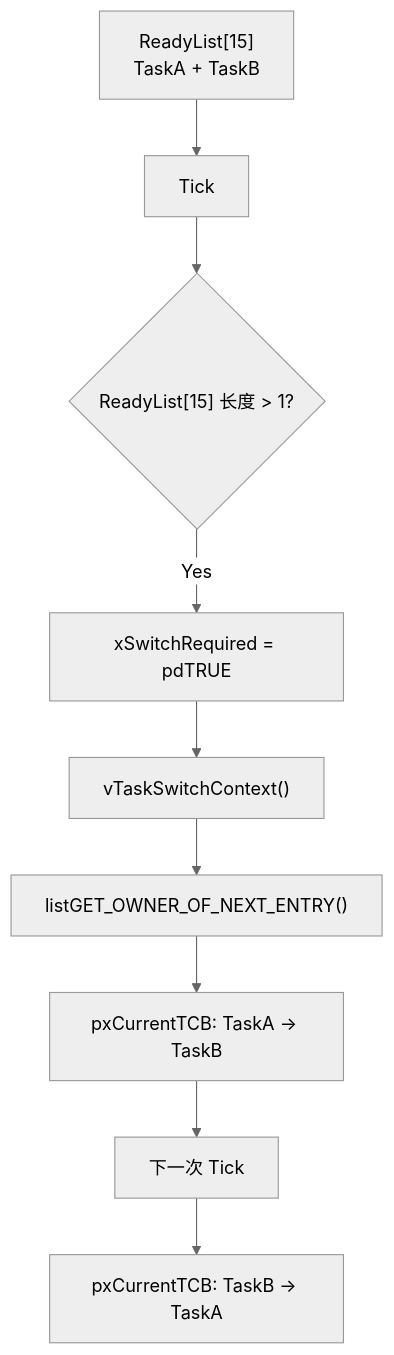
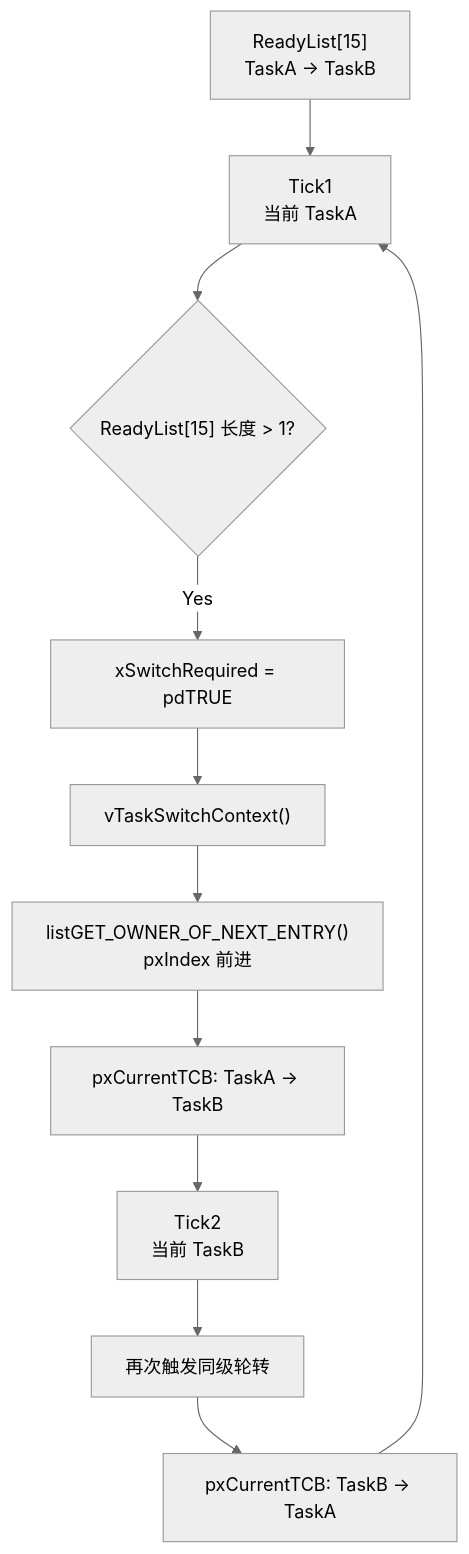
One commit to redamacy/embedded-system-notes changed the eighth of 10 diagrams in RTOS/003_FreeRTOS_Scheduler_ReadyList_Deep_Dive.md. Above: the diagram before and after it, drawn with Mermaid (neutral theme). The commit also changed other lines of this file and 1 other file, not shown here.

Commit message:
docs: refine FreeRTOS scheduler ready list notes

````diff
--- a/RTOS/003_FreeRTOS_Scheduler_ReadyList_Deep_Dive.md
+++ b/RTOS/003_FreeRTOS_Scheduler_ReadyList_Deep_Dive.md
@@ -987,11 +1043,13 @@
 ```mermaid
 flowchart TD
-    A["ReadyList[15]<br/>TaskA + TaskB"] --> B["Tick"]
+    A["ReadyList[15]<br/>TaskA -> TaskB"] --> B["Tick1<br/>当前 TaskA"]
     B --> C{"ReadyList[15] 长度 > 1?"}
     C -- "Yes" --> D["xSwitchRequired = pdTRUE"]
     D --> E["vTaskSwitchContext()"]
-    E --> F["listGET_OWNER_OF_NEXT_ENTRY()"]
+    E --> F["listGET_OWNER_OF_NEXT_ENTRY()<br/>pxIndex 前进"]
     F --> G["pxCurrentTCB: TaskA -> TaskB"]
-    G --> H["下一次 Tick"]
-    H --> I["pxCurrentTCB: TaskB -> TaskA"]
+    G --> H["Tick2<br/>当前 TaskB"]
+    H --> I["再次触发同级轮转"]
+    I --> J["pxCurrentTCB: TaskB -> TaskA"]
+    J --> B
 ```
````
